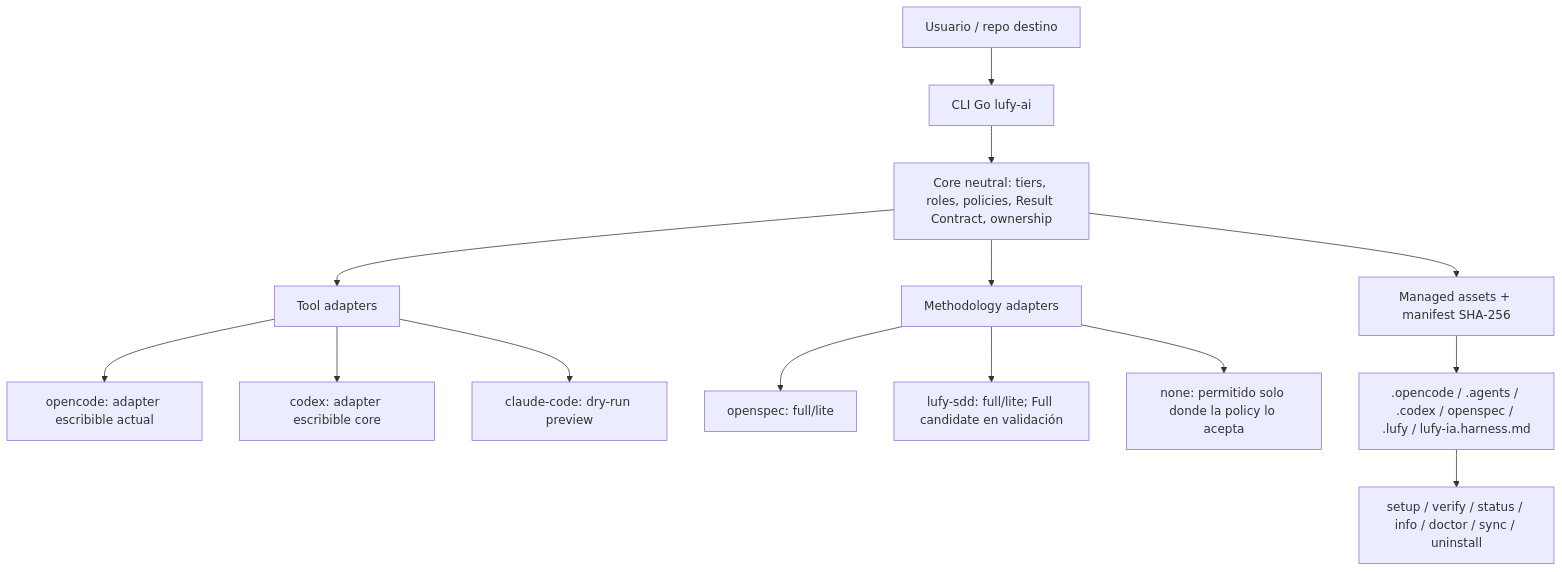
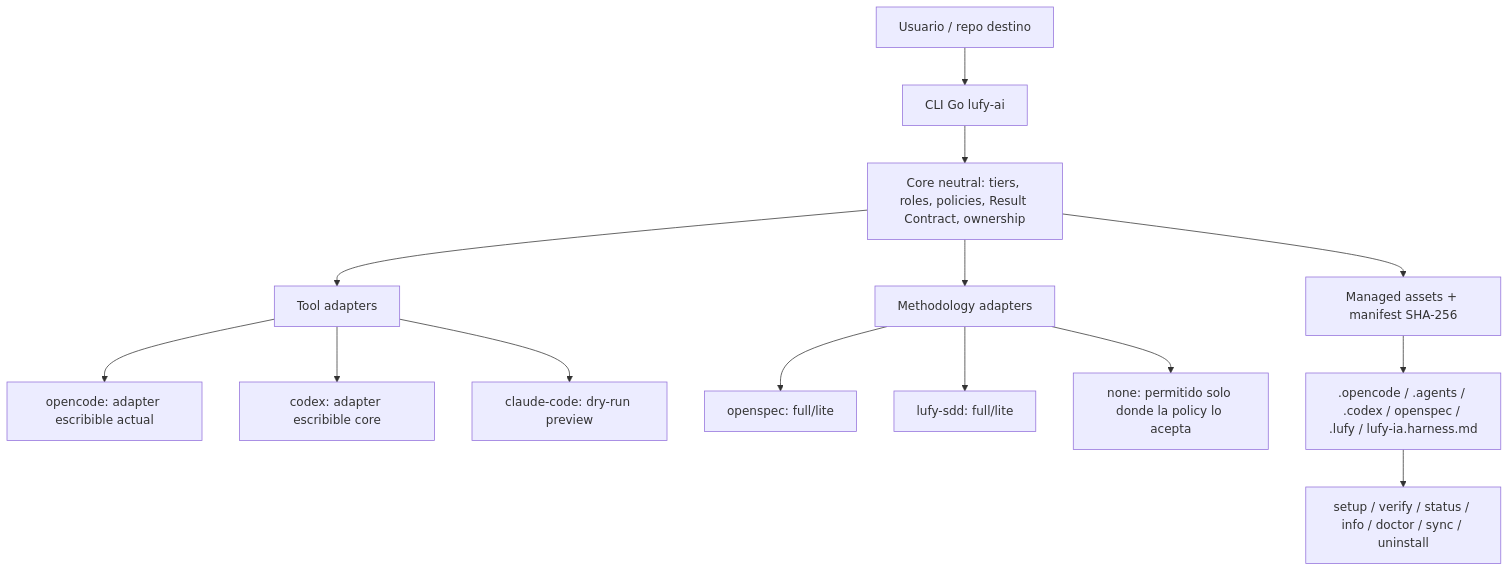
Before and after one commit to adrotech/lufy-ai: the first of 2 diagrams in README.md, drawn with Mermaid. The commit also changed other lines of this file and 11 other files, not shown here.

````diff
--- a/README.md
+++ b/README.md
@@ -163,19 +167,19 @@
 ```mermaid
 flowchart TD
     U["Usuario / repo destino"] --> CLI["CLI Go lufy-ai"]
     CLI --> Core["Core neutral: tiers, roles, policies, Result Contract, ownership"]
     Core --> Tool["Tool adapters"]
     Core --> Meth["Methodology adapters"]
     Core --> Assets["Managed assets + manifest SHA-256"]
 
     Tool --> OC["opencode: adapter escribible actual"]
     Tool --> CX["codex: adapter escribible core"]
     Tool --> CC["claude-code: dry-run preview"]
 
     Meth --> OS["openspec: full/lite"]
-    Meth --> LS["lufy-sdd: full/lite; Full candidate en validación"]
+    Meth --> LS["lufy-sdd: full/lite"]
     Meth --> NN["none: permitido solo donde la policy lo acepta"]
 
     Assets --> Target[".opencode / .agents / .codex / openspec / .lufy / lufy-ia.harness.md"]
     Target --> Verify["setup / verify / status / info / doctor / sync / uninstall"]
 ```
````
